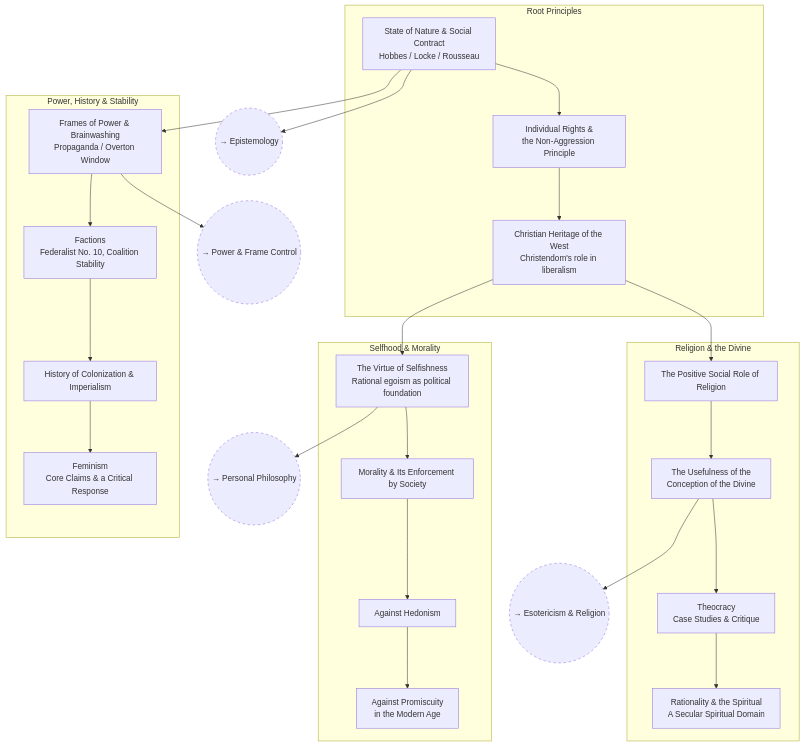
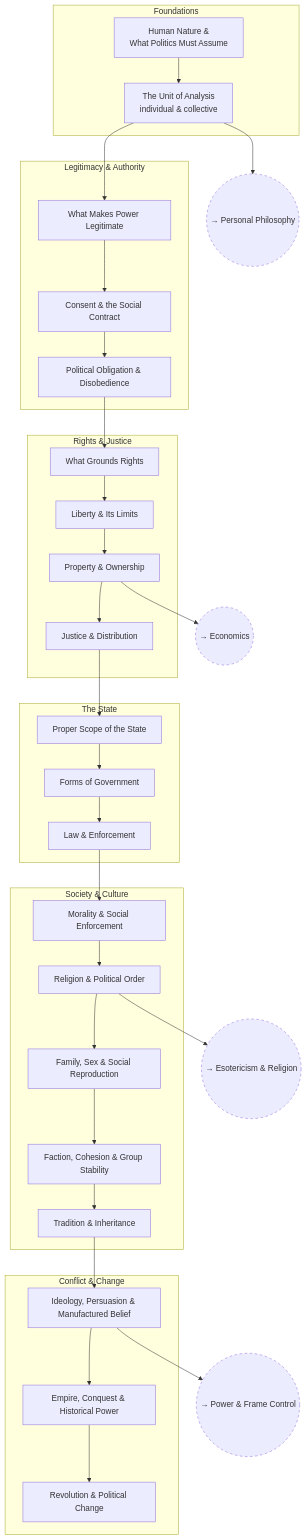
The diagram in trees/political-philosophy/index.md (nocontextwindow/skill-trees), drawn with Mermaid before and after one commit. The commit also changed other lines of this file and 50 other files, not shown here.

````diff
--- a/trees/political-philosophy/index.md
+++ b/trees/political-philosophy/index.md
@@ -14,47 +15,62 @@
 ```mermaid
 flowchart TD
-    subgraph "Root Principles"
-        POL_ROOT[State of Nature & Social Contract<br/>Hobbes / Locke / Rousseau]
-        POL_RIGHTS[Individual Rights &<br/>the Non-Aggression Principle]
-        POL_CHRISTIAN[Christian Heritage of the West<br/>Christendom's role in liberalism]
-        POL_ROOT --> POL_RIGHTS --> POL_CHRISTIAN
+    subgraph Foundations
+        POL_NATURE[Human Nature &<br/>What Politics Must Assume]
+        POL_UNIT[The Unit of Analysis<br/>individual & collective]
+        POL_NATURE --> POL_UNIT
     end
 
-    subgraph "Selfhood & Morality"
-        POL_SELFISH[The Virtue of Selfishness<br/>Rational egoism as political foundation]
-        POL_MORAL[Morality & Its Enforcement by Society]
-        POL_HEDON[Against Hedonism]
-        POL_PROMISC[Against Promiscuity<br/>in the Modern Age]
-        POL_SELFISH --> POL_MORAL --> POL_HEDON --> POL_PROMISC
+    subgraph "Legitimacy & Authority"
+        POL_LEGIT[What Makes Power Legitimate]
+        POL_CONTRACT[Consent & the Social Contract]
+        POL_OBLIGATION[Political Obligation & Disobedience]
+        POL_LEGIT --> POL_CONTRACT --> POL_OBLIGATION
     end
 
-    subgraph "Religion & the Divine"
-        POL_RELIGION[The Positive Social Role of Religion]
-        POL_DIVINE[The Usefulness of the<br/>Conception of the Divine]
-        POL_THEOCRACY[Theocracy<br/>Case Studies & Critique]
-        POL_SPIRIT[Rationality & the Spiritual<br/>A Secular Spiritual Domain]
-        POL_RELIGION --> POL_DIVINE --> POL_THEOCRACY --> POL_SPIRIT
+    subgraph "Rights & Justice"
+        POL_RIGHTS[What Grounds Rights]
+        POL_LIBERTY[Liberty & Its Limits]
+        POL_PROPERTY[Property & Ownership]
+        POL_JUSTICE[Justice & Distribution]
+        POL_RIGHTS --> POL_LIBERTY --> POL_PROPERTY --> POL_JUSTICE
     end
 
-    subgraph "Power, History & Stability"
-        POL_FRAMES[Frames of Power & Brainwashing<br/>Propaganda / Overton Window]
-        POL_FACTIONS[Factions<br/>Federalist No. 10, Coalition Stability]
-        POL_COLONIAL[History of Colonization & Imperialism]
-        POL_FEMINISM[Feminism<br/>Core Claims & a Critical Response]
-        POL_FRAMES --> POL_FACTIONS --> POL_COLONIAL --> POL_FEMINISM
+    subgraph "The State"
+        POL_SCOPE[Proper Scope of the State]
+        POL_FORMS[Forms of Government]
+        POL_LAW[Law & Enforcement]
+        POL_SCOPE --> POL_FORMS --> POL_LAW
     end
 
-    POL_CHRISTIAN --> POL_SELFISH
-    POL_CHRISTIAN --> POL_RELIGION
-    POL_ROOT --> POL_FRAMES
+    subgraph "Society & Culture"
+        POL_MORALENF[Morality & Social Enforcement]
+        POL_RELIGION[Religion & Political Order]
+        POL_FAMILY[Family, Sex & Social Reproduction]
+        POL_COHESION[Faction, Cohesion & Group Stability]
+        POL_TRADITION[Tradition & Inheritance]
+        POL_MORALENF --> POL_RELIGION --> POL_FAMILY --> POL_COHESION --> POL_TRADITION
+    end
+
+    subgraph "Conflict & Change"
+        POL_IDEOLOGY[Ideology, Persuasion & Manufactured Belief]
+        POL_EMPIRE[Empire, Conquest & Historical Power]
+        POL_CHANGE[Revolution & Political Change]
+        POL_IDEOLOGY --> POL_EMPIRE --> POL_CHANGE
+    end
+
+    POL_UNIT --> POL_LEGIT
+    POL_OBLIGATION --> POL_RIGHTS
+    POL_JUSTICE --> POL_SCOPE
+    POL_LAW --> POL_MORALENF
+    POL_TRADITION --> POL_IDEOLOGY
 
     classDef crosslink stroke-dasharray: 5 5
     POL_PP(("→ Personal Philosophy")):::crosslink
+    POL_PWR(("→ Power & Frame Control")):::crosslink
     POL_ES(("→ Esotericism & Religion")):::crosslink
-    POL_PWR(("→ Power & Frame Control")):::crosslink
-    POL_EP(("→ Epistemology")):::crosslink
-    POL_SELFISH --> POL_PP
-    POL_DIVINE --> POL_ES
-    POL_FRAMES --> POL_PWR
-    POL_ROOT --> POL_EP
+    POL_ECON(("→ Economics")):::crosslink
+    POL_UNIT --> POL_PP
+    POL_IDEOLOGY --> POL_PWR
+    POL_RELIGION --> POL_ES
+    POL_PROPERTY --> POL_ECON
 ```
````
